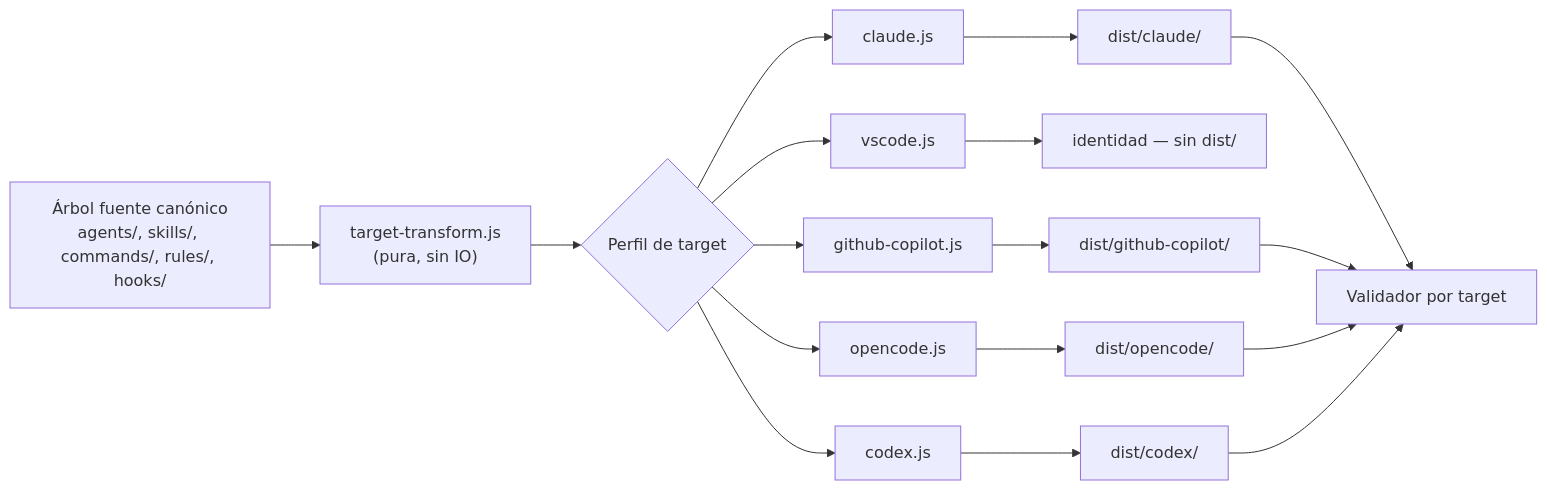
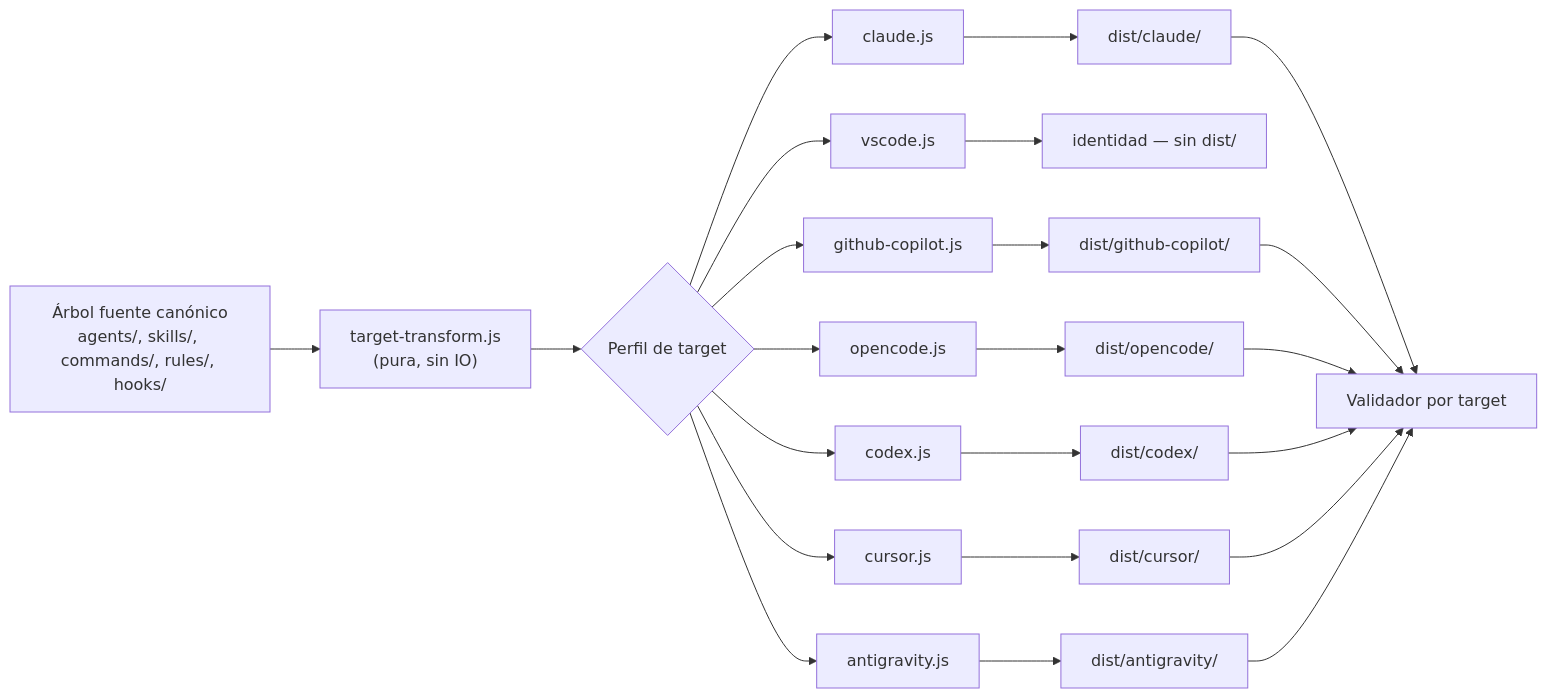
One commit to Snakeblack/ospec-workflow changed the diagram in openwiki/architecture/overview.md. Above: the diagram before and after it, drawn with Mermaid. The commit also changed other lines of this file and 13 other files, not shown here.

````diff
--- a/openwiki/architecture/overview.md
+++ b/openwiki/architecture/overview.md
@@ -26,19 +30,25 @@
 ```mermaid
 flowchart LR
     A["Árbol fuente canónico\nagents/, skills/, commands/, rules/, hooks/"] --> B["target-transform.js\n(pura, sin IO)"]
     B --> C{Perfil de target}
     C --> D[claude.js]
     C --> E[vscode.js]
     C --> F[github-copilot.js]
     C --> G[opencode.js]
     C --> H[codex.js]
+    C --> X[cursor.js]
+    C --> Y[antigravity.js]
     D --> I["dist/claude/"]
     E --> J["identidad — sin dist/"]
     F --> K["dist/github-copilot/"]
     G --> L["dist/opencode/"]
     H --> M["dist/codex/"]
+    X --> P["dist/cursor/"]
+    Y --> Q["dist/antigravity/"]
     I --> N[Validador por target]
     K --> N
     L --> N
     M --> N
+    P --> N
+    Q --> N
 ```
````
